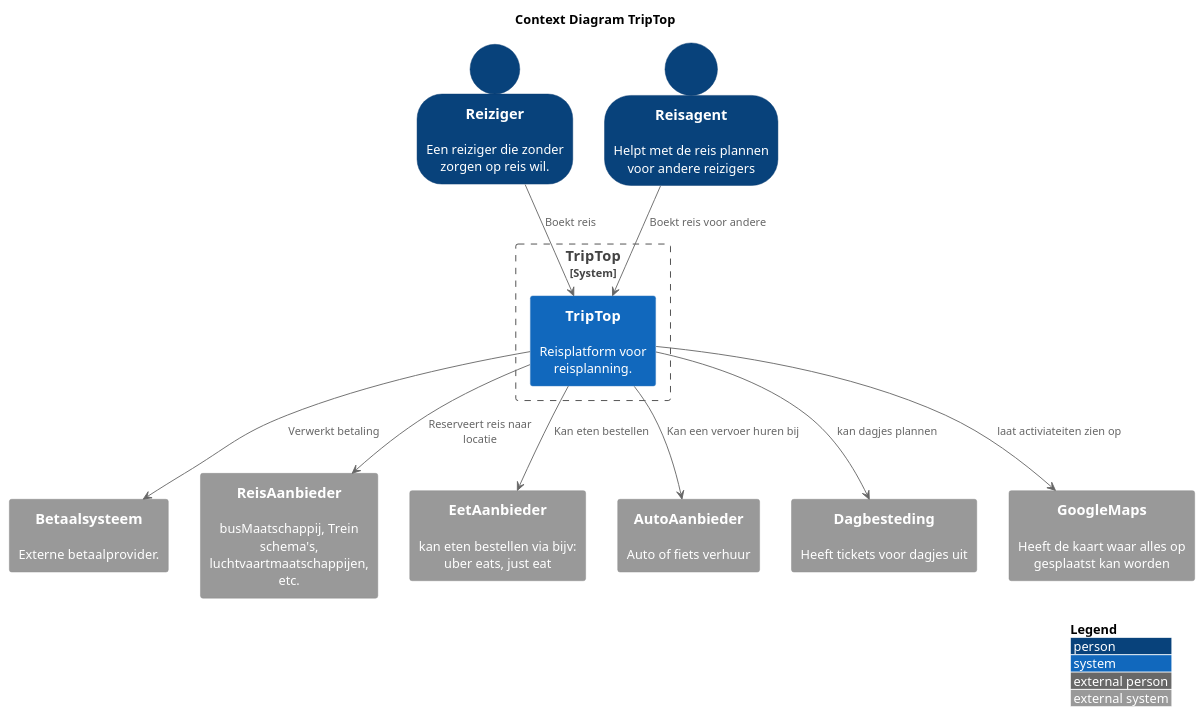
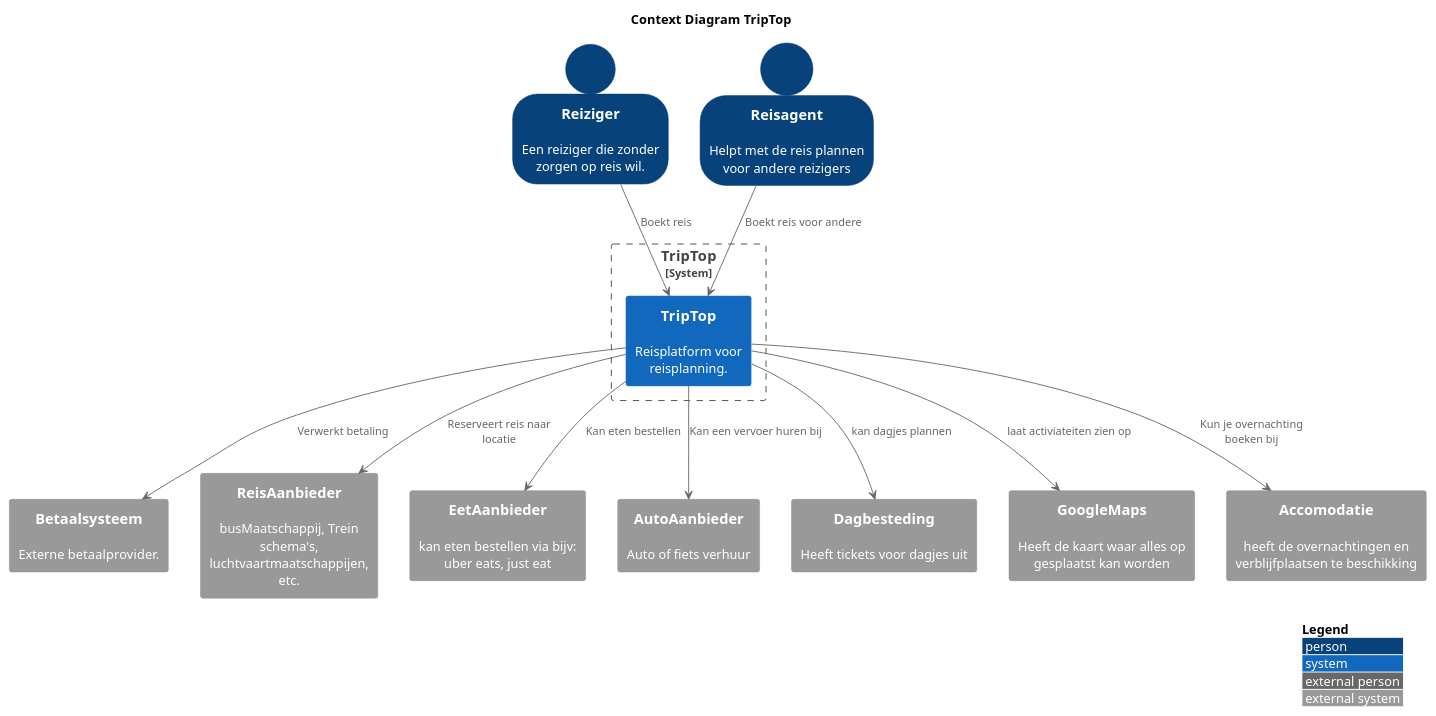
Before and after one commit to AIM-ENE-feb25/triptop-jrn: the diagram in opdracht-diagrammen/ContextDiagramRob.puml, drawn with PlantUML. The commit also changed 1 other file, not shown here.

```diff
--- a/opdracht-diagrammen/ContextDiagramRob.puml
+++ b/opdracht-diagrammen/ContextDiagramRob.puml
@@ -1,34 +1,36 @@
 @startuml
 !include https://raw.githubusercontent.com/plantuml-stdlib/C4-PlantUML/master/C4_Context.puml
 
 
 title Context Diagram TripTop
 
 LAYOUT_WITH_LEGEND()
 
 SHOW_PERSON_OUTLINE()
 Person(Reiziger, "Reiziger", "Een reiziger die zonder zorgen op reis wil.")
 Person(Reisagent, "Reisagent", "Helpt met de reis plannen voor andere reizigers")
 
 System_Boundary(triptop_core, "TripTop") {
     System(triptop, "TripTop", "Reisplatform voor reisplanning.")
 }
 
 System_Ext(betaalsysteem, "Betaalsysteem", "Externe betaalprovider.")
 System_Ext(reisAanbieder, "ReisAanbieder", "busMaatschappij, Trein schema's, luchtvaartmaatschappijen, etc.")
 System_Ext(etenAanbieder, "EetAanbieder", "kan eten bestellen via bijv: uber eats, just eat")
 System_Ext(AutoAanbieder, "AutoAanbieder", "Auto of fiets verhuur")
 System_Ext(Dagbesteding, "Dagbesteding", "Heeft tickets voor dagjes uit")
 System_Ext(GoogleMaps, "GoogleMaps", Heeft de kaart waar alles op gesplaatst kan worden)
+System_Ext(Acomodatie, "Accomodatie", heeft de overnachtingen en verblijfplaatsen te beschikking)
 
 Reiziger --> triptop : Boekt reis
 Reisagent --> triptop : Boekt reis voor andere
 
 
 triptop --> betaalsysteem : Verwerkt betaling
 triptop --> reisAanbieder : Reserveert reis naar locatie
 triptop --> etenAanbieder : Kan eten bestellen
 triptop --> AutoAanbieder : Kan een vervoer huren bij
 triptop --> Dagbesteding : kan dagjes plannen
 triptop --> GoogleMaps : laat activiateiten zien op
+triptop --> Acomodatie : Kun je overnachting boeken bij
 @enduml
```
